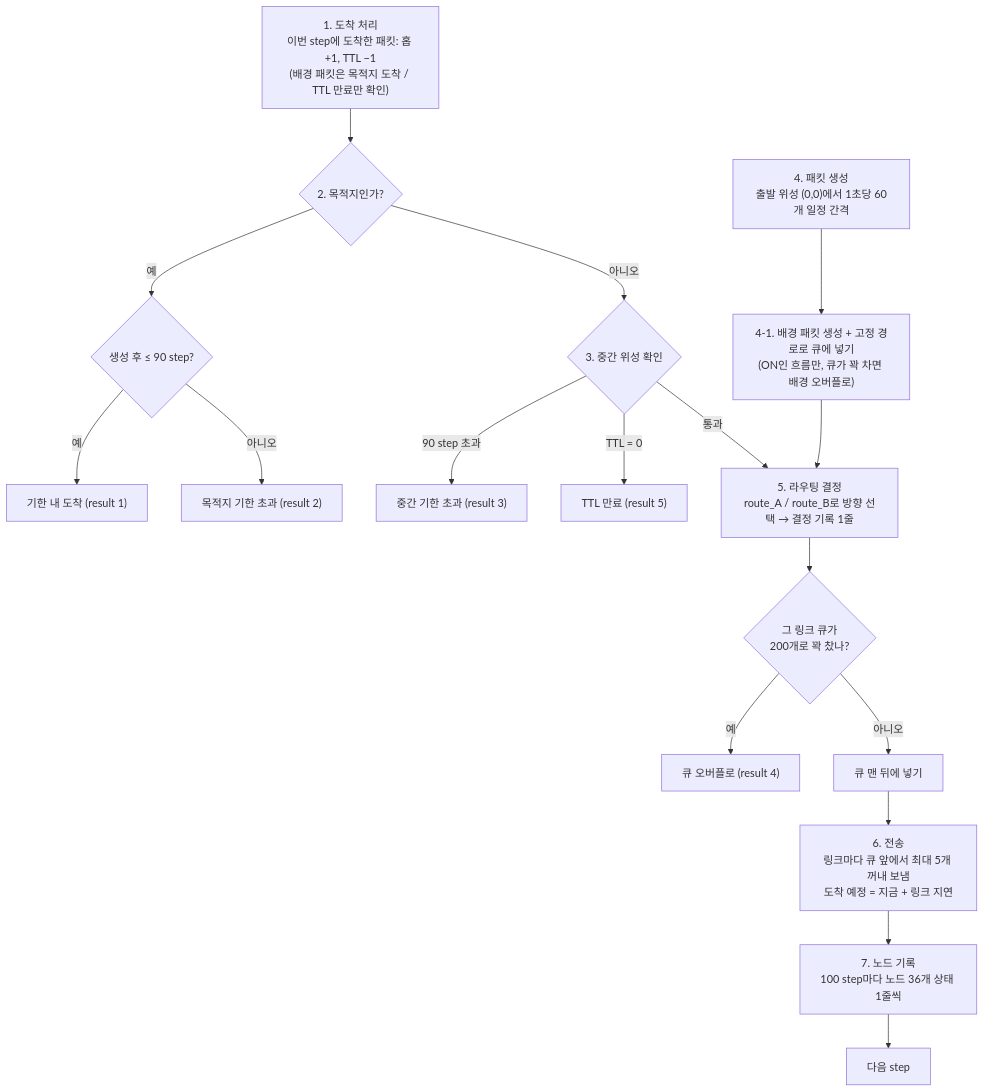
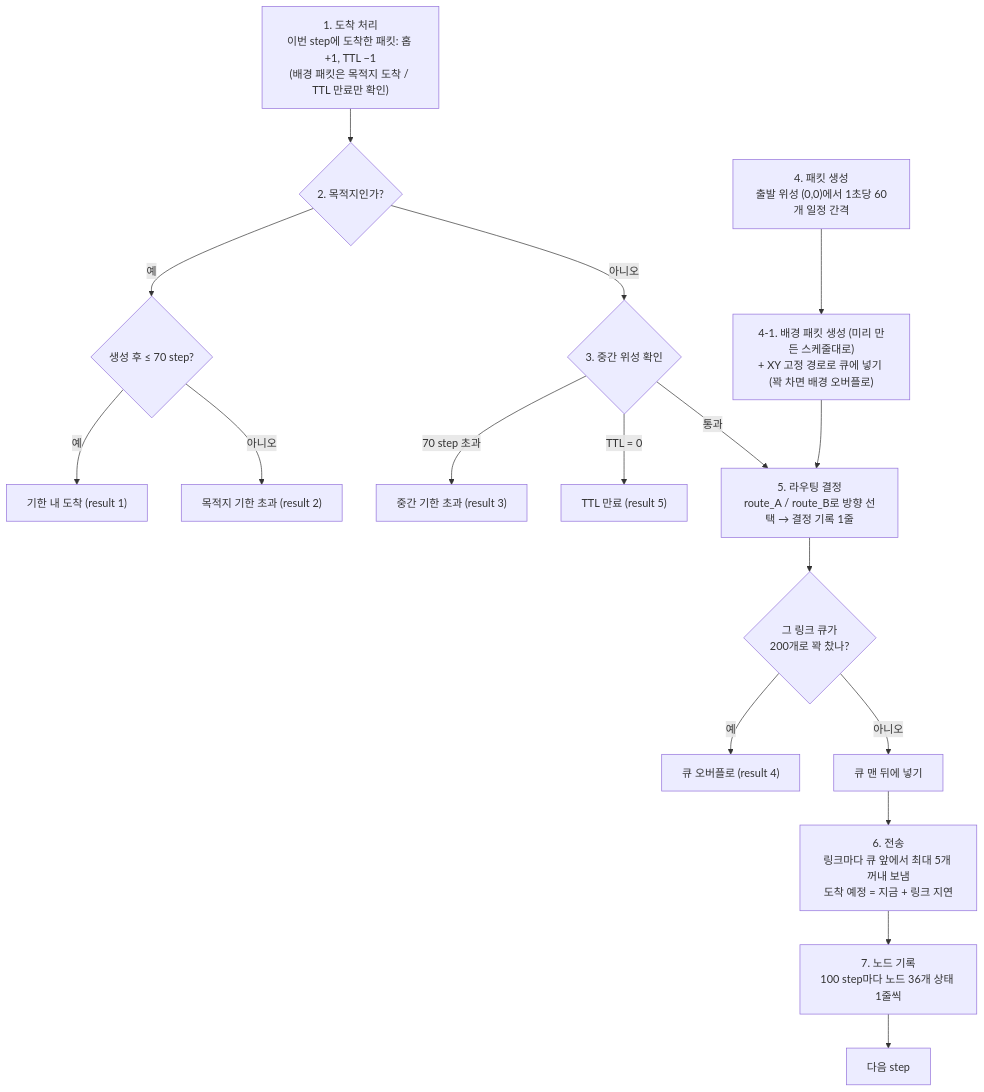
The second of 3 diagrams in flow.md (26-2-capstone2/26-2capstone2), drawn with Mermaid before and after one commit. The commit also changed other lines of this file and 19 other files, not shown here.

````diff
--- a/flow.md
+++ b/flow.md
@@ -90,19 +95,19 @@
 ```mermaid
 flowchart TD
     S1["1. 도착 처리<br/>이번 step에 도착한 패킷: 홉 +1, TTL −1<br/>(배경 패킷은 목적지 도착 / TTL 만료만 확인)"] --> S2
-    S2{"2. 목적지인가?"} -- "예" --> S2a{"생성 후 ≤ 90 step?"}
+    S2{"2. 목적지인가?"} -- "예" --> S2a{"생성 후 ≤ 70 step?"}
     S2a -- "예" --> OK["기한 내 도착 (result 1)"]
     S2a -- "아니오" --> L2["목적지 기한 초과 (result 2)"]
     S2 -- "아니오" --> S3{"3. 중간 위성 확인"}
-    S3 -- "90 step 초과" --> L3["중간 기한 초과 (result 3)"]
+    S3 -- "70 step 초과" --> L3["중간 기한 초과 (result 3)"]
     S3 -- "TTL = 0" --> L5["TTL 만료 (result 5)"]
     S3 -- "통과" --> S5
     S4["4. 패킷 생성<br/>출발 위성 (0,0)에서 1초당 60개 일정 간격"] --> S41
-    S41["4-1. 배경 패킷 생성 + 고정 경로로 큐에 넣기<br/>(ON인 흐름만, 큐가 꽉 차면 배경 오버플로)"] --> S5
+    S41["4-1. 배경 패킷 생성 (미리 만든 스케줄대로)<br/>+ XY 고정 경로로 큐에 넣기 (꽉 차면 배경 오버플로)"] --> S5
     S5["5. 라우팅 결정<br/>route_A / route_B로 방향 선택 → 결정 기록 1줄"] --> Q{"그 링크 큐가<br/>200개로 꽉 찼나?"}
     Q -- "예" --> L4["큐 오버플로 (result 4)"]
     Q -- "아니오" --> S6["큐 맨 뒤에 넣기"]
     S6 --> S7["6. 전송<br/>링크마다 큐 앞에서 최대 5개 꺼내 보냄<br/>도착 예정 = 지금 + 링크 지연"]
     S7 --> S8["7. 노드 기록<br/>100 step마다 노드 36개 상태 1줄씩"]
     S8 --> NEXT["다음 step"]
 ```
````
